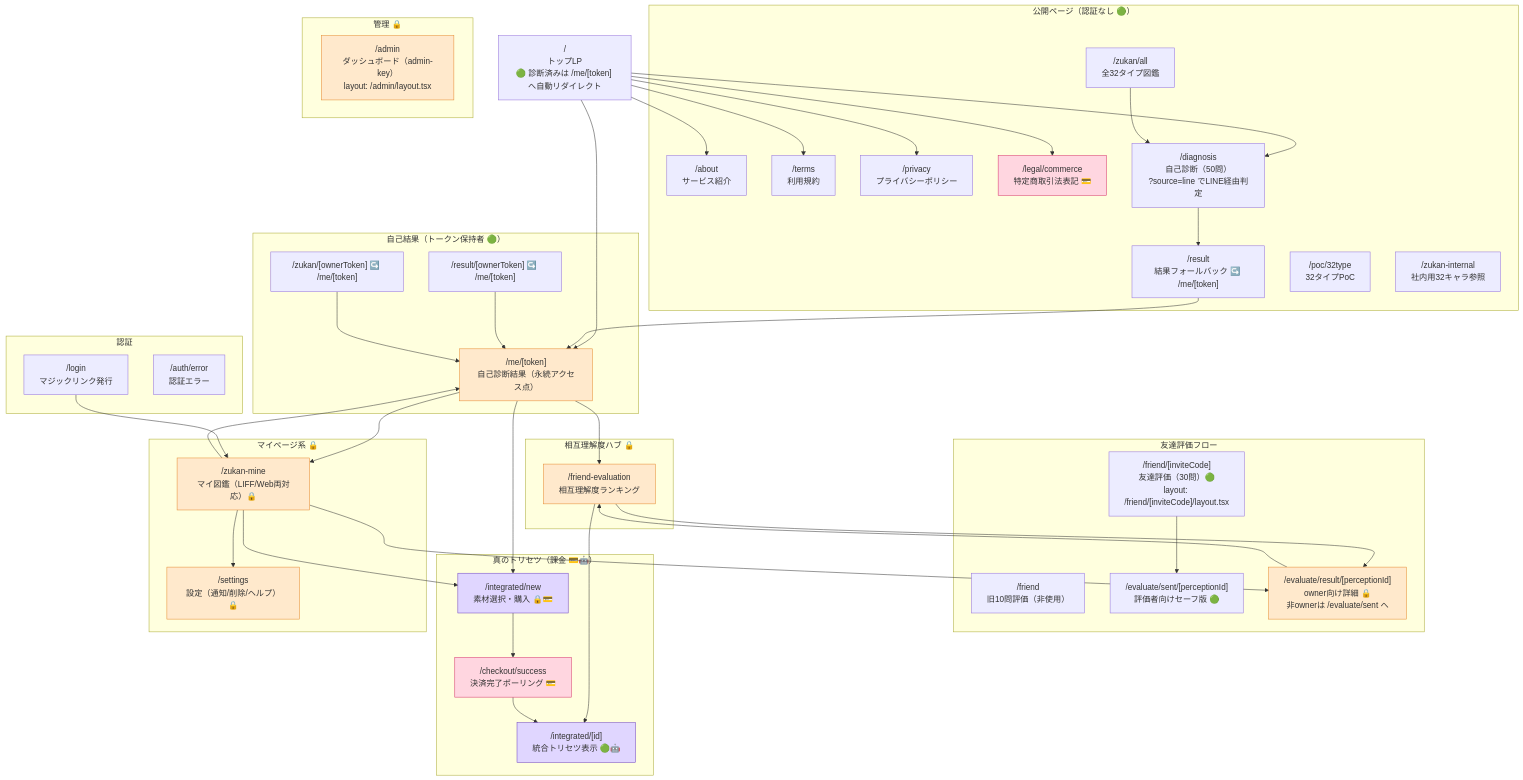
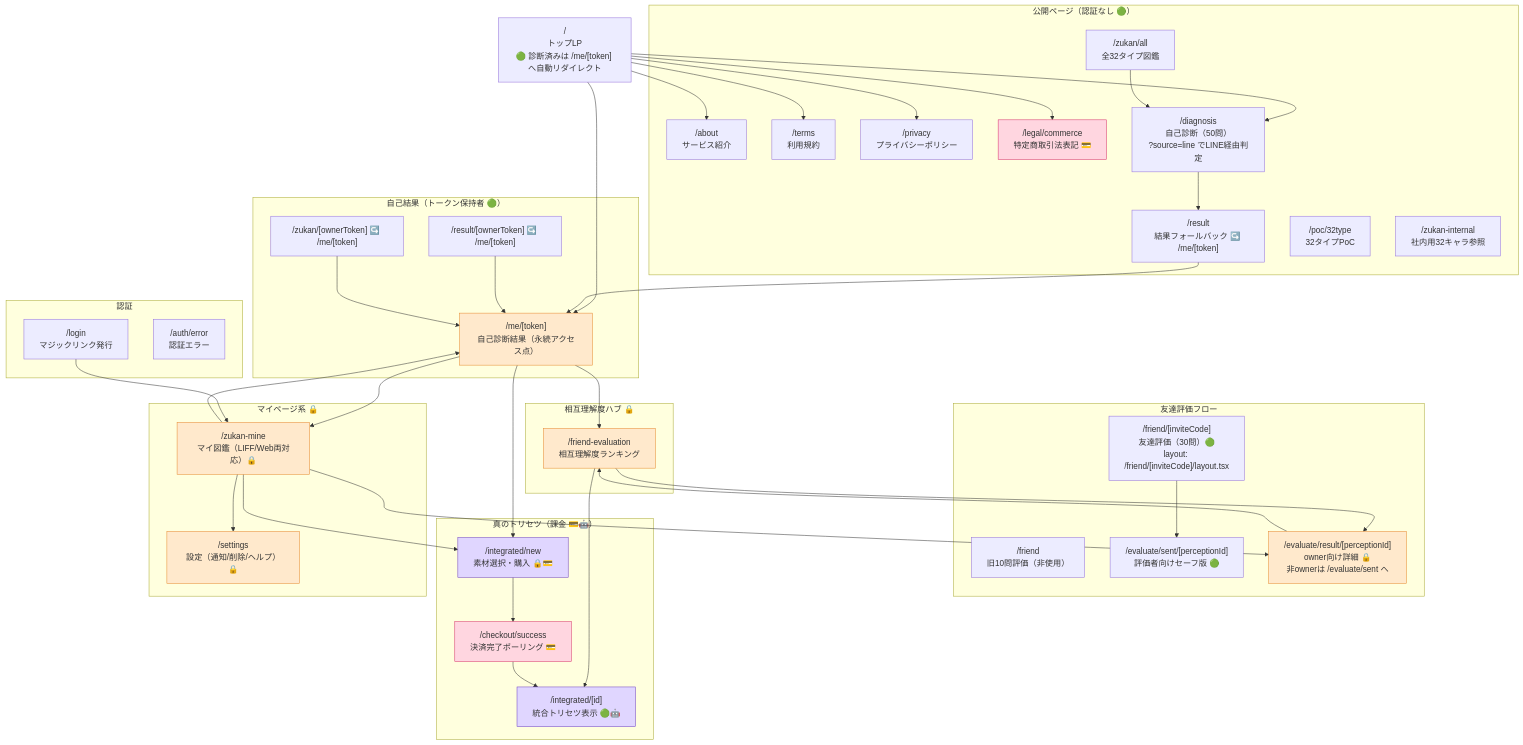
The first of 3 diagrams in docs/site-structure.md (compass260307-coder/watashi-no-torisetsu), drawn with Mermaid before and after one commit. The commit also changed other lines of this file and 31 other files, not shown here.

````diff
--- a/docs/site-structure.md
+++ b/docs/site-structure.md
@@ -22,81 +22,77 @@
 ```mermaid
 flowchart TD
     root["/<br/>トップLP<br/>🟢 診断済みは /me/[token] へ自動リダイレクト"]
 
     subgraph PUBLIC["公開ページ（認証なし 🟢）"]
         about["/about<br/>サービス紹介"]
         terms["/terms<br/>利用規約"]
         privacy["/privacy<br/>プライバシーポリシー"]
         commerce["/legal/commerce<br/>特定商取引法表記 💳"]
         diagnosis["/diagnosis<br/>自己診断（50問）<br/>?source=line でLINE経由判定"]
         resultFb["/result<br/>結果フォールバック ↪️ /me/[token]"]
         zukanAll["/zukan/all<br/>全32タイプ図鑑"]
         poc["/poc/32type<br/>32タイプPoC"]
         zukanInternal["/zukan-internal<br/>社内用32キャラ参照"]
     end
 
     subgraph SELF["自己結果（トークン保持者 🟢）"]
         me["/me/[token]<br/>自己診断結果（永続アクセス点）"]
         resultToken["/result/[ownerToken] ↪️ /me/[token]"]
         zukanToken["/zukan/[ownerToken] ↪️ /me/[token]"]
     end
 
     subgraph FRIEND["友達評価フロー"]
         friendInvite["/friend/[inviteCode]<br/>友達評価（30問）🟢<br/>layout: /friend/[inviteCode]/layout.tsx"]
         friendOld["/friend<br/>旧10問評価（非使用）"]
         evalSent["/evaluate/sent/[perceptionId]<br/>評価者向けセーフ版 🟢"]
         evalResult["/evaluate/result/[perceptionId]<br/>owner向け詳細 🔒<br/>非ownerは /evaluate/sent へ"]
     end
 
     subgraph MUTUAL["相互理解度ハブ 🔒"]
         friendEval["/friend-evaluation<br/>相互理解度ランキング"]
     end
 
     subgraph PREMIUM["真のトリセツ（課金 💳🤖）"]
         intNew["/integrated/new<br/>素材選択・購入 🔒💳"]
         checkoutSuccess["/checkout/success<br/>決済完了ポーリング 💳"]
         intId["/integrated/[id]<br/>統合トリセツ表示 🟢🤖"]
     end
 
     subgraph MYPAGE["マイページ系 🔒"]
         zukanMine["/zukan-mine<br/>マイ図鑑（LIFF/Web両対応）🔒"]
         settings["/settings<br/>設定（通知/削除/ヘルプ）🔒"]
     end
 
     subgraph AUTH["認証"]
         login["/login<br/>マジックリンク発行"]
         authError["/auth/error<br/>認証エラー"]
     end
 
-    subgraph ADMIN["管理 🔒"]
-        admin["/admin<br/>ダッシュボード（admin-key）<br/>layout: /admin/layout.tsx"]
-    end
-
     root --> diagnosis
     root --> me
     root --> about & terms & privacy & commerce
     diagnosis --> resultFb --> me
     resultToken --> me
     zukanToken --> me
     me --> friendEval
     me --> intNew
     me --> zukanMine
     friendInvite --> evalSent
     evalResult --> friendEval
     friendEval --> evalResult
     friendEval --> intId
     intNew --> checkoutSuccess --> intId
     zukanMine --> intNew
     zukanMine --> me
     zukanMine --> settings
     zukanMine --> evalResult
     login --> zukanMine
     zukanAll --> diagnosis
 
     classDef auth fill:#ffe9cc,stroke:#e6892f;
     classDef pay fill:#ffd6e0,stroke:#d6336c;
     classDef ai fill:#e0d6ff,stroke:#6f42c1;
-    class me,evalResult,friendEval,zukanMine,settings,admin,intNew auth;
+    class me,evalResult,friendEval,zukanMine,settings,intNew auth;
     class intNew,checkoutSuccess,commerce pay;
     class intId,intNew ai;
 ```
````
